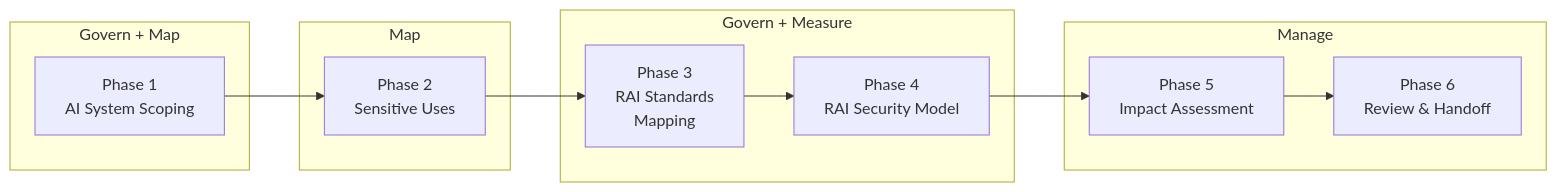
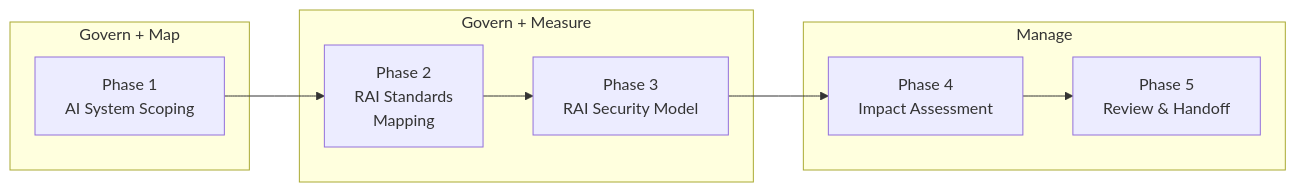
The diagram in docs/agents/rai-planning/README.md (microsoft/hve-core), drawn with Mermaid before and after one commit. The commit also changed other lines of this file and 37 other files, not shown here.

````diff
--- a/docs/agents/rai-planning/README.md
+++ b/docs/agents/rai-planning/README.md
@@ -41,22 +40,18 @@
 ```mermaid
 flowchart LR
     subgraph govern ["Govern + Map"]
         P1["Phase 1\nAI System Scoping"]
     end
 
-    subgraph map ["Map"]
-        P2["Phase 2\nSensitive Uses"]
-    end
-
     subgraph measure ["Govern + Measure"]
-        P3["Phase 3\nRAI Standards\nMapping"]
-        P4["Phase 4\nRAI Security Model"]
+        P2["Phase 2\nRAI Standards\nMapping"]
+        P3["Phase 3\nRAI Security Model"]
     end
 
     subgraph manage ["Manage"]
-        P5["Phase 5\nImpact Assessment"]
-        P6["Phase 6\nReview & Handoff"]
+        P4["Phase 4\nImpact Assessment"]
+        P5["Phase 5\nReview & Handoff"]
     end
 
-    P1 --> P2 --> P3 --> P4 --> P5 --> P6
+    P1 --> P2 --> P3 --> P4 --> P5
 ```
````
